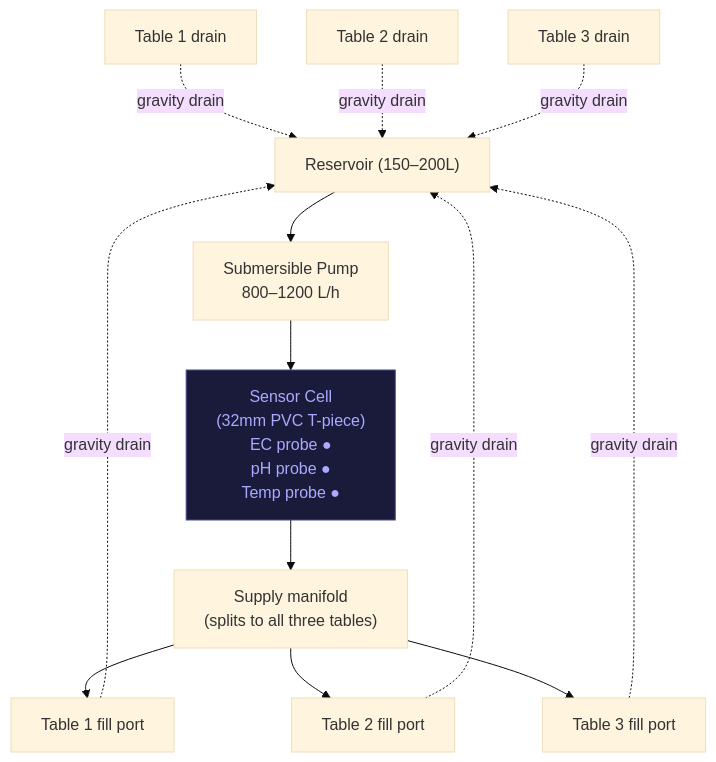
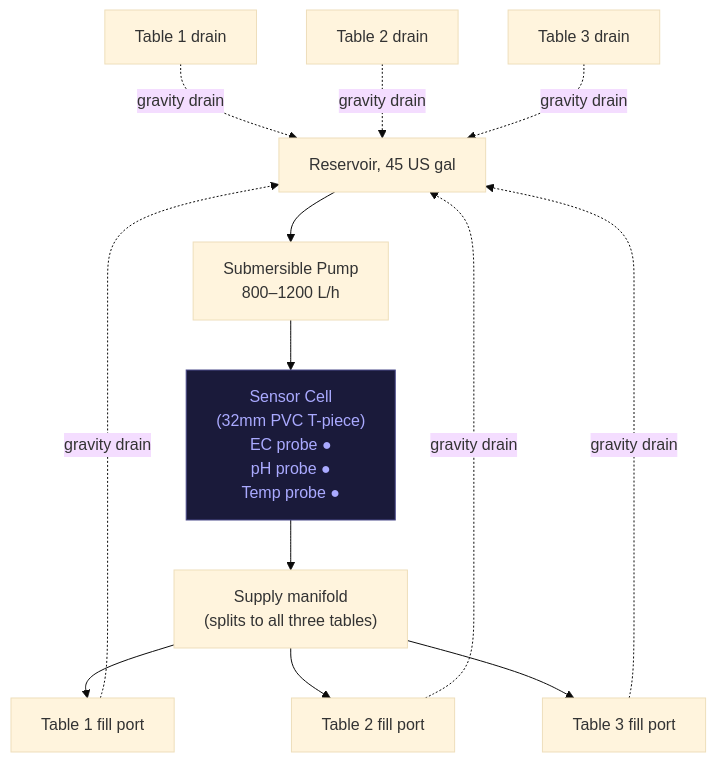
The fourth of 13 diagrams in guide/ebb-and-flow/13-automation.md (UncleJS/guide_hydroponics), drawn with Mermaid (base theme) before and after one commit. The commit also changed other lines of this file and 35 other files, not shown here.

````diff
--- a/guide/ebb-and-flow/13-automation.md
+++ b/guide/ebb-and-flow/13-automation.md
@@ -582,26 +585,26 @@
 ```mermaid
 flowchart TD
-    RES["Reservoir (150–200L)"]
+    RES["Reservoir, 45 US gal"]
     PUMP["Submersible Pump<br/>800–1200 L/h"]
     CELL["Sensor Cell<br/>(32mm PVC T-piece)<br/>EC probe ●<br/>pH probe ●<br/>Temp probe ●"]
     SPLIT["Supply manifold<br/>(splits to all three tables)"]
     T1["Table 1 fill port"]
     T2["Table 2 fill port"]
     T3["Table 3 fill port"]
     DRAIN1["Table 1 drain"]
     DRAIN2["Table 2 drain"]
     DRAIN3["Table 3 drain"]
 
     RES --> PUMP --> CELL --> SPLIT
     SPLIT --> T1
     SPLIT --> T2
     SPLIT --> T3
     T1 -.->|"gravity drain"| RES
     T2 -.->|"gravity drain"| RES
     T3 -.->|"gravity drain"| RES
     DRAIN1 -.->|"gravity drain"| RES
     DRAIN2 -.->|"gravity drain"| RES
     DRAIN3 -.->|"gravity drain"| RES
 
     style CELL fill:#1a1a3a,stroke:#4a4a8a,color:#aaaaff
 ```
````
